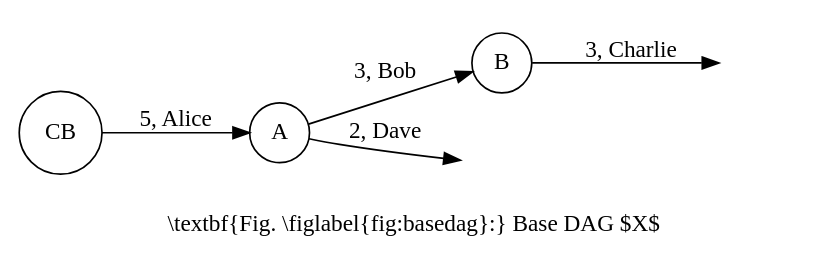
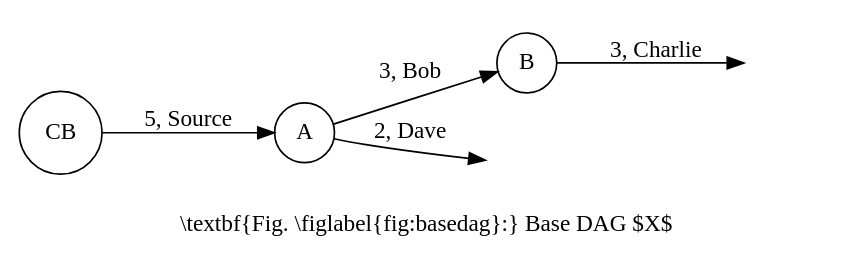
Before and after one commit to OrfeasLitos/LocalChains: the diagram in src/figures/basedag.dot, drawn with Graphviz. The commit also changed 5 other files, not shown here.

```diff
--- a/src/figures/basedag.dot
+++ b/src/figures/basedag.dot
@@ -1,17 +1,17 @@
 digraph G {
   graph [
     texmode=raw,
     label="\\textbf{Fig. \\figlabel{fig:basedag}:} Base DAG $X$"
   ];
   node [shape="circle", texmode=math];
   edge [texmode=math];
   rankdir=LR;
 
-  CB -> A [label="5, Alice"];
+  CB -> A [label="5, Source"];
   A -> B [label="3, Bob"];
   A -> foo [label="2, Dave"];
   B -> baz [label="3, Charlie"];
 
   foo [style=invis];
   baz [style=invis];
 }
```
